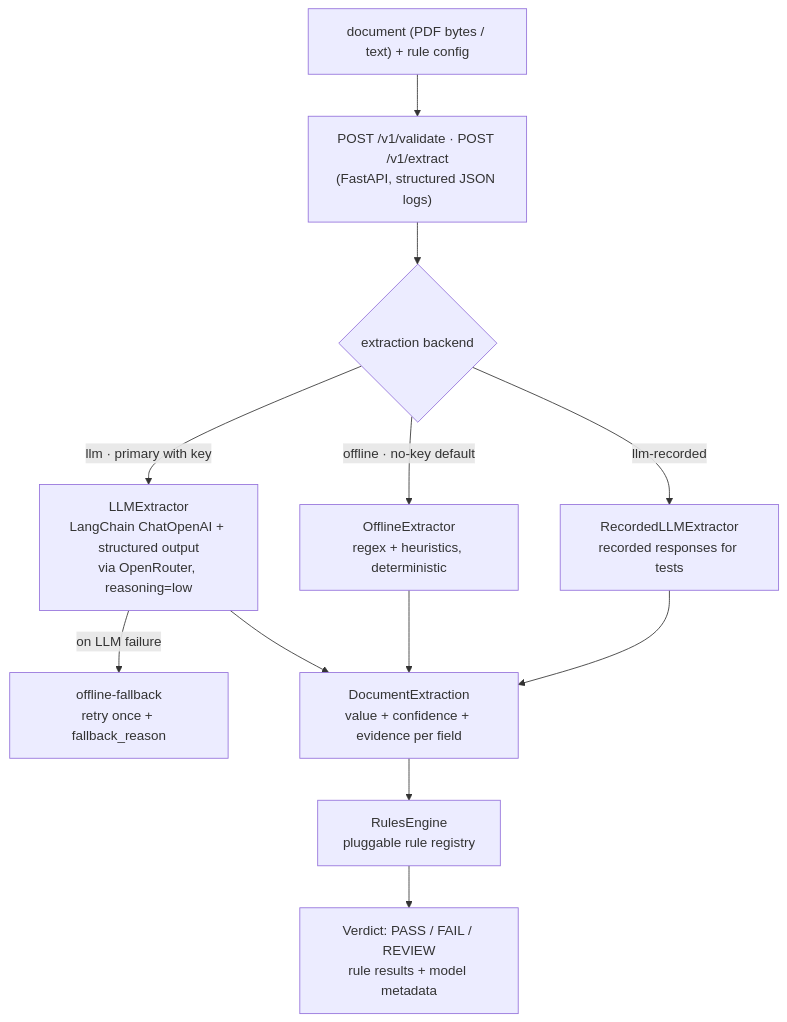
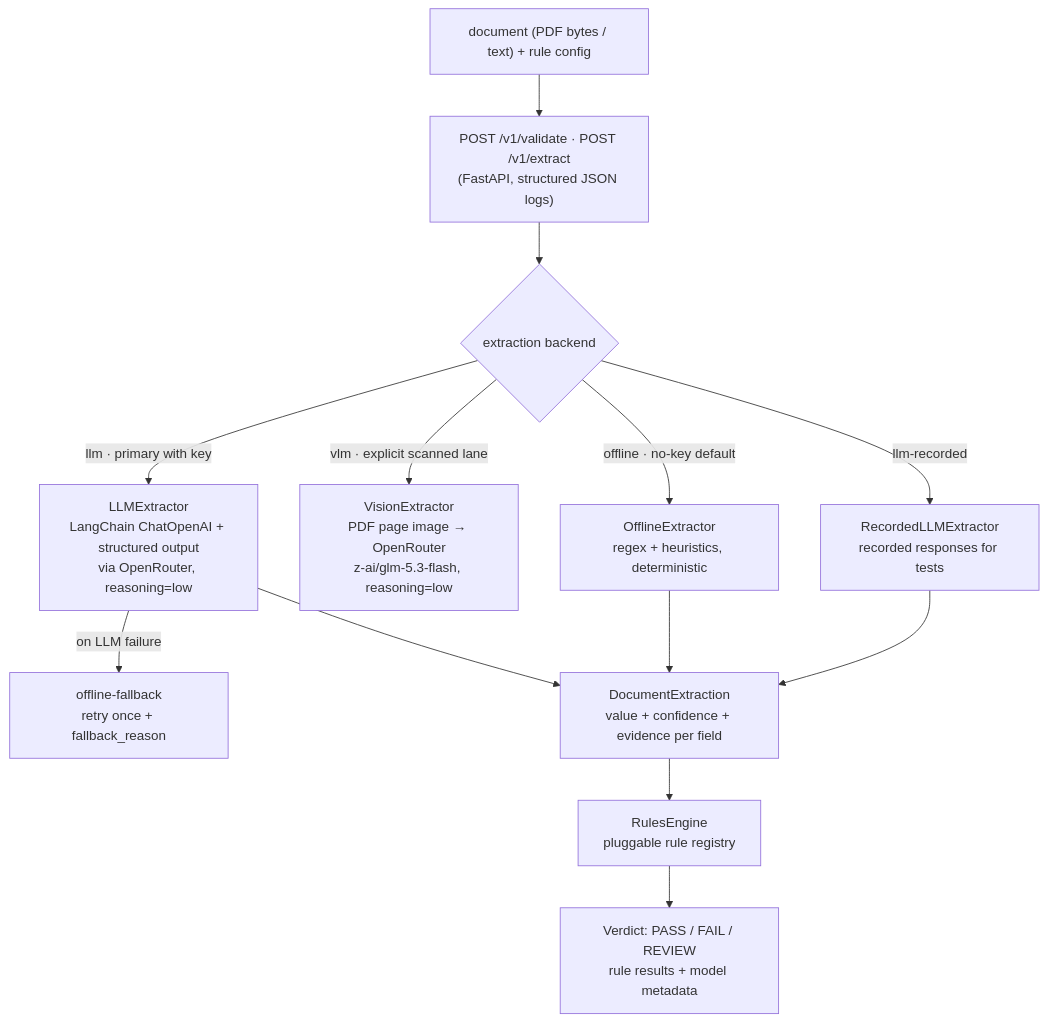
One commit to PedroOrtix/ai-document-validator changed the diagram in README.md. Above: the diagram before and after it, drawn with Mermaid. The commit also changed other lines of this file and 13 other files, not shown here.

Commit message:
feat: vision extractor (glm-5.3-flash, reasoning low) for scanned invoices

````diff
--- a/README.md
+++ b/README.md
@@ -143,14 +143,15 @@
 ```mermaid
 flowchart TD
     A["document (PDF bytes / text) + rule config"] --> B["POST /v1/validate · POST /v1/extract<br/>(FastAPI, structured JSON logs)"]
     B --> C{extraction backend}
-    C -->|llm · primary with key| E["LLMExtractor<br/>LangChain ChatOpenAI + structured output<br/>via OpenRouter, reasoning=low"]
+  C -->|llm · primary with key| E["LLMExtractor<br/>LangChain ChatOpenAI + structured output<br/>via OpenRouter, reasoning=low"]
+  C -->|vlm · explicit scanned lane| E2["VisionExtractor<br/>PDF page image → OpenRouter<br/>z-ai/glm-5.3-flash, reasoning=low"]
     C -->|offline · no-key default| D["OfflineExtractor<br/>regex + heuristics, deterministic"]
     E -->|on LLM failure| D2["offline-fallback<br/>retry once + fallback_reason"]
     C -->|llm-recorded| F["RecordedLLMExtractor<br/>recorded responses for tests"]
     D --> G["DocumentExtraction<br/>value + confidence + evidence per field"]
     E --> G
     F --> G
     G --> H["RulesEngine<br/>pluggable rule registry"]
     H --> I["Verdict: PASS / FAIL / REVIEW<br/>rule results + model metadata"]
 ```
````
